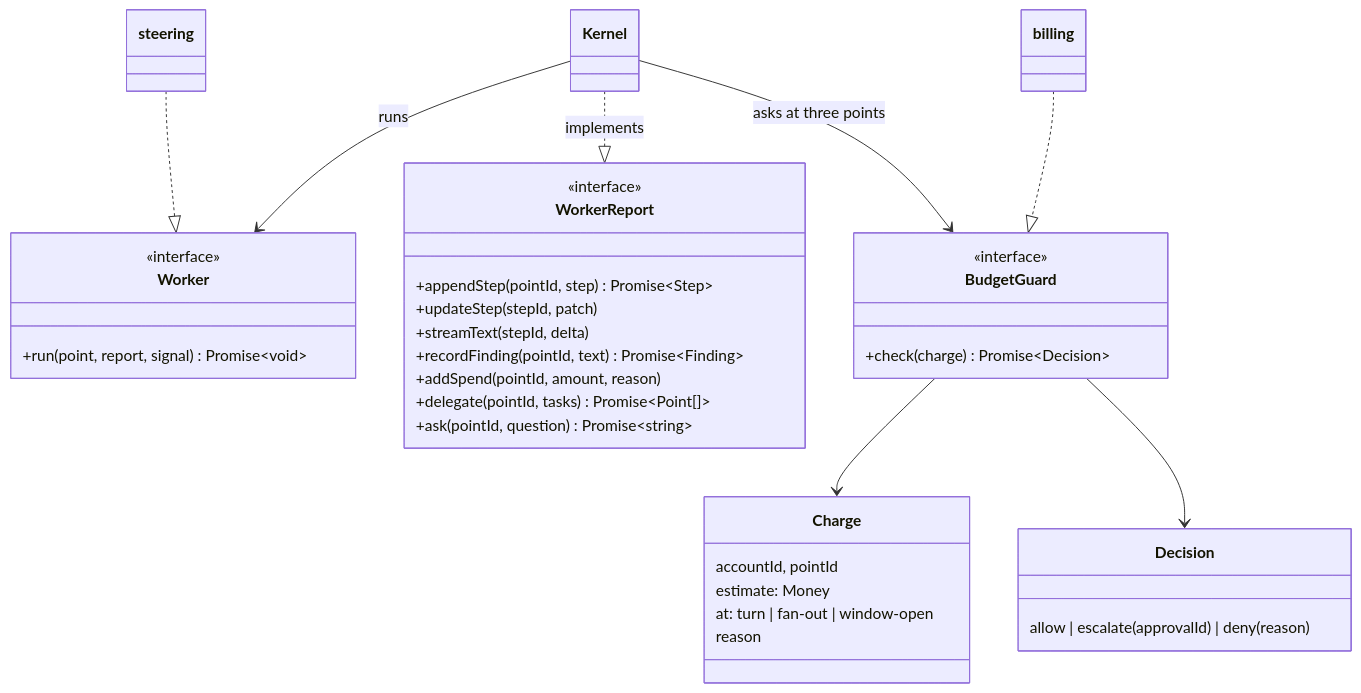
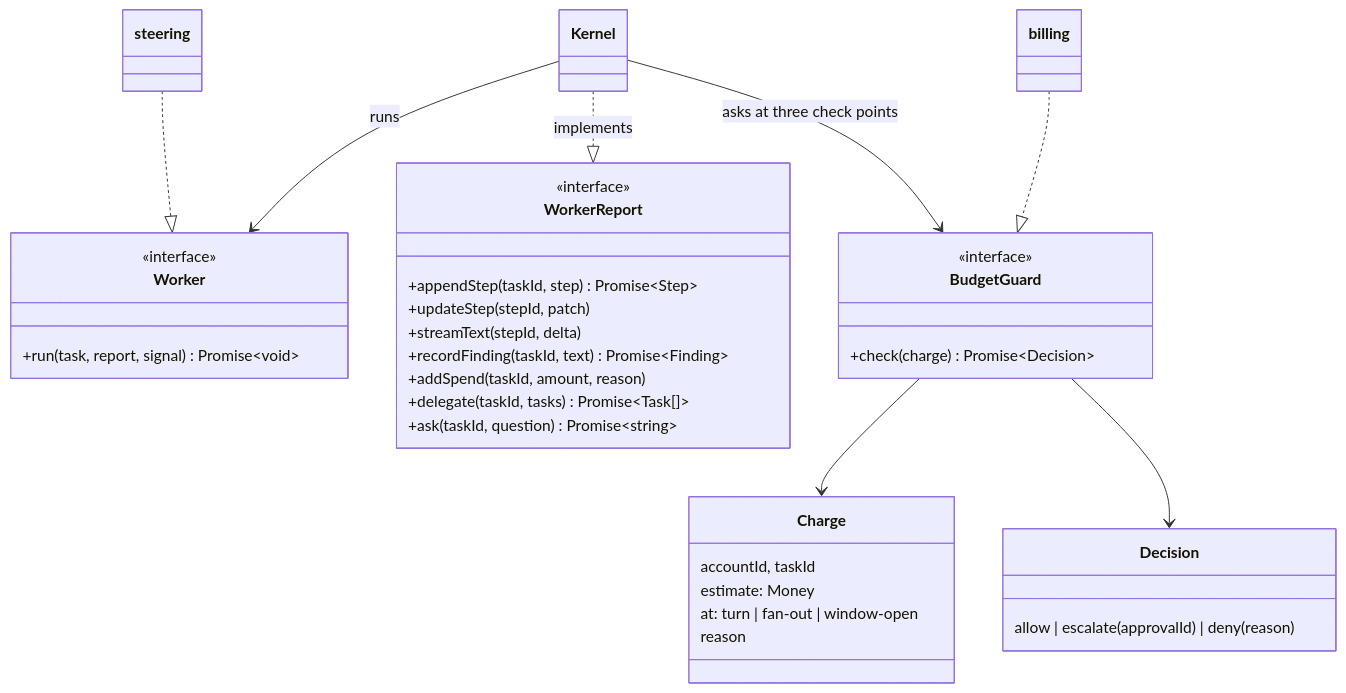
Before and after one commit to ziyangliu-666/lumen-next: the seventh of 16 diagrams in docs/ARCHITECTURE.md, drawn with Mermaid. The commit also changed other lines of this file and 25 other files, not shown here.

First line of the commit message:
contract: a task, not a point, and a tree, not a graph

````diff
--- a/docs/ARCHITECTURE.md
+++ b/docs/ARCHITECTURE.md
@@ -316,37 +313,37 @@
 ```mermaid
 classDiagram
   class Worker {
     <<interface>>
-    +run(point, report, signal) Promise~void~
+    +run(task, report, signal) Promise~void~
   }
   class WorkerReport {
     <<interface>>
-    +appendStep(pointId, step) Promise~Step~
+    +appendStep(taskId, step) Promise~Step~
     +updateStep(stepId, patch)
     +streamText(stepId, delta)
-    +recordFinding(pointId, text) Promise~Finding~
-    +addSpend(pointId, amount, reason)
-    +delegate(pointId, tasks) Promise~Point[]~
-    +ask(pointId, question) Promise~string~
+    +recordFinding(taskId, text) Promise~Finding~
+    +addSpend(taskId, amount, reason)
+    +delegate(taskId, tasks) Promise~Task[]~
+    +ask(taskId, question) Promise~string~
   }
   class BudgetGuard {
     <<interface>>
     +check(charge) Promise~Decision~
   }
   class Charge {
-    accountId, pointId
+    accountId, taskId
     estimate: Money
     at: turn | fan-out | window-open
     reason
   }
   class Decision {
     allow | escalate(approvalId) | deny(reason)
   }
   Kernel --> Worker : runs
   Kernel ..|> WorkerReport : implements
-  Kernel --> BudgetGuard : asks at three points
+  Kernel --> BudgetGuard : asks at three check points
   steering ..|> Worker
   billing ..|> BudgetGuard
   BudgetGuard --> Charge
   BudgetGuard --> Decision
 ```
````
